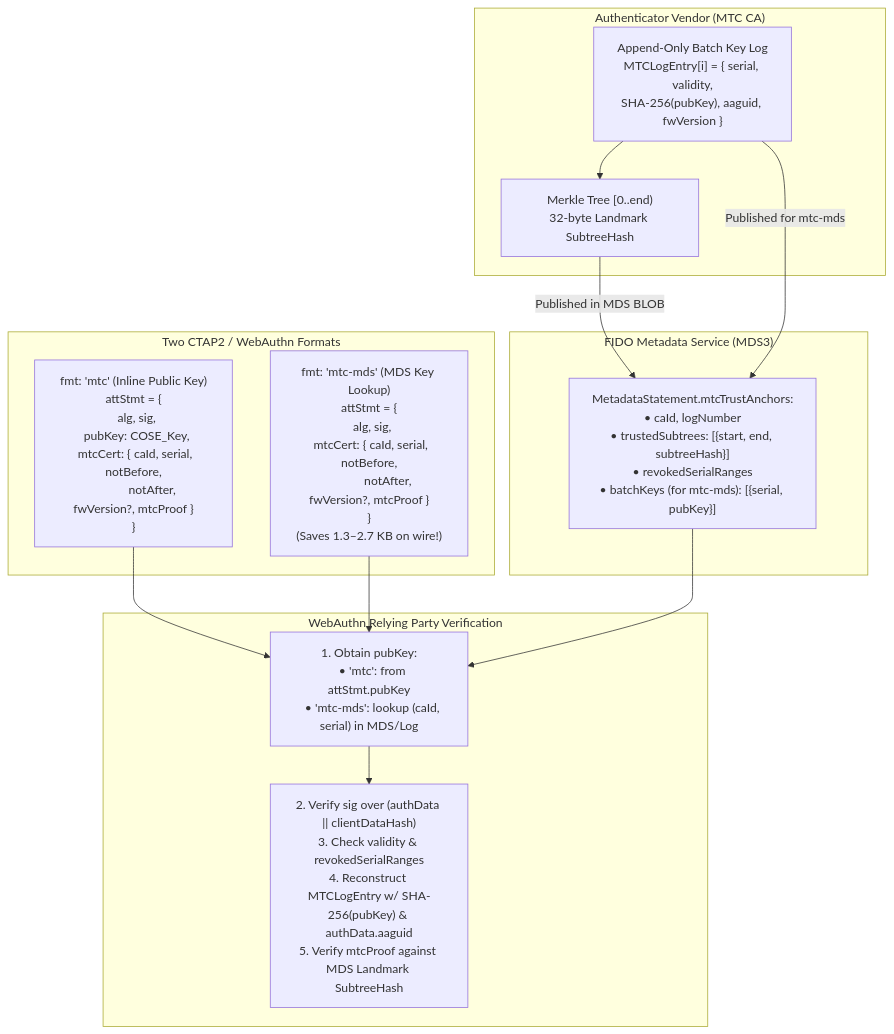
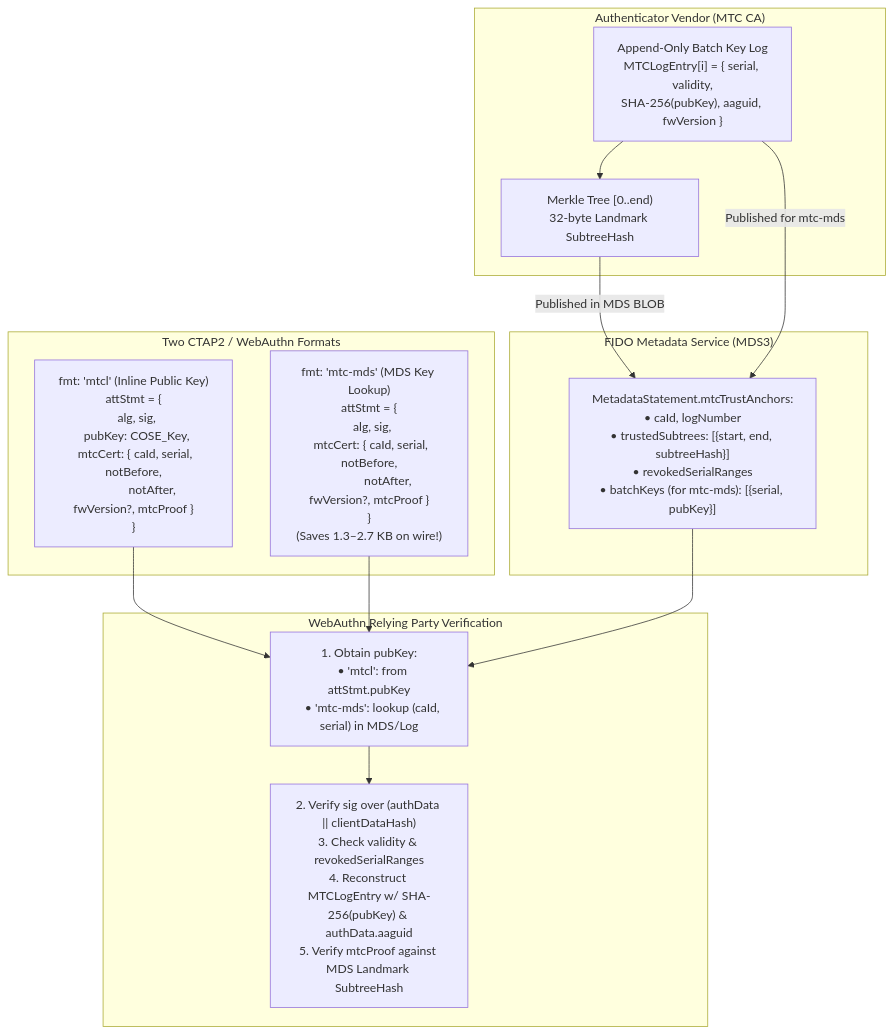
Before and after one commit to ve7jtb/ve7jtb.github.io: the first of 4 diagrams in pq_mtc_attestation_proposal.md, drawn with Mermaid. The commit also changed other lines of this file and 9 other files, not shown here.

Commit message:
Rename inline MTC attestation format to mtcl (Merkle Tree Certificate Large)

````diff
--- a/pq_mtc_attestation_proposal.md
+++ b/pq_mtc_attestation_proposal.md
@@ -63,29 +63,29 @@
 ```mermaid
 flowchart TB
     subgraph Vendor["Authenticator Vendor (MTC CA)"]
         Log["Append-Only Batch Key Log\nMTCLogEntry[i] = { serial, validity,\nSHA-256(pubKey), aaguid, fwVersion }"]
         Tree["Merkle Tree [0..end)\n32-byte Landmark SubtreeHash"]
         Log --> Tree
     end
 
     subgraph MDS["FIDO Metadata Service (MDS3)"]
         Stmt["MetadataStatement.mtcTrustAnchors:\n• caId, logNumber\n• trustedSubtrees: [{start, end, subtreeHash}]\n• revokedSerialRanges\n• batchKeys (for mtc-mds): [{serial, pubKey}]"]
     end
 
     subgraph Formats["Two CTAP2 / WebAuthn Formats"]
-        MTC["fmt: 'mtc' (Inline Public Key)\nattStmt = {\n  alg, sig,\n  pubKey: COSE_Key,\n  mtcCert: { caId, serial, notBefore,\n             notAfter, fwVersion?, mtcProof }\n}"]
+        MTC["fmt: 'mtcl' (Inline Public Key)\nattStmt = {\n  alg, sig,\n  pubKey: COSE_Key,\n  mtcCert: { caId, serial, notBefore,\n             notAfter, fwVersion?, mtcProof }\n}"]
         MTCMDS["fmt: 'mtc-mds' (MDS Key Lookup)\nattStmt = {\n  alg, sig,\n  mtcCert: { caId, serial, notBefore,\n             notAfter, fwVersion?, mtcProof }\n}\n(Saves 1.3–2.7 KB on wire!)"]
     end
 
     subgraph RP["WebAuthn Relying Party Verification"]
-        V1["1. Obtain pubKey:\n   • 'mtc': from attStmt.pubKey\n   • 'mtc-mds': lookup (caId, serial) in MDS/Log"]
+        V1["1. Obtain pubKey:\n   • 'mtcl': from attStmt.pubKey\n   • 'mtc-mds': lookup (caId, serial) in MDS/Log"]
         V2["2. Verify sig over (authData || clientDataHash)\n3. Check validity & revokedSerialRanges\n4. Reconstruct MTCLogEntry w/ SHA-256(pubKey) & authData.aaguid\n5. Verify mtcProof against MDS Landmark SubtreeHash"]
         V1 --> V2
     end
 
     Tree -->|"Published in MDS BLOB"| Stmt
     Log -->|"Published for mtc-mds"| Stmt
     MTC --> V1
     MTCMDS --> V1
     Stmt --> V1
 ```
````
